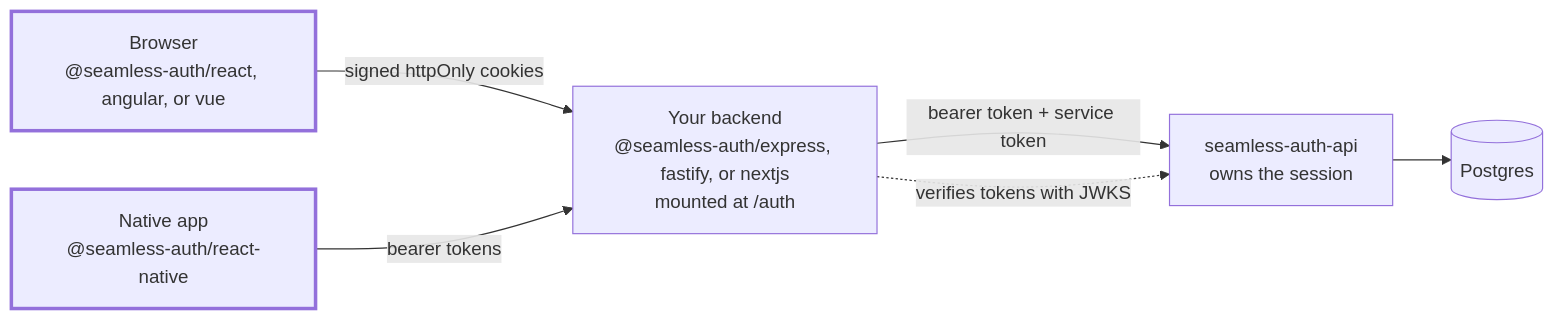
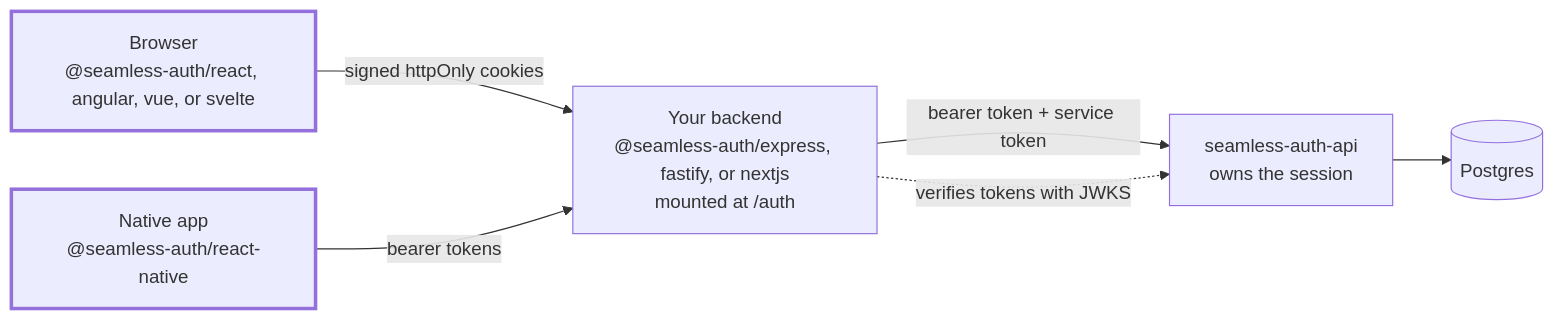
One commit to fells-code/seamless-auth-react changed the diagram in README.md. Above: the diagram before and after it, drawn with Mermaid. The commit also changed other lines of this file and 43 other files, not shown here.

First line of the commit message:
feat(svelte): add @seamless-auth/svelte bindings (#181)

````diff
--- a/README.md
+++ b/README.md
@@ -25,10 +25,10 @@
 ```mermaid
 flowchart LR
-  browser["Browser<br/>@seamless-auth/react, angular, or vue"] -- "signed httpOnly cookies" --> backend
+  browser["Browser<br/>@seamless-auth/react, angular, vue, or svelte"] -- "signed httpOnly cookies" --> backend
   native["Native app<br/>@seamless-auth/react-native"] -- "bearer tokens" --> backend
   backend["Your backend<br/>@seamless-auth/express, fastify, or nextjs<br/>mounted at /auth"] -- "bearer token + service token" --> api
   api["seamless-auth-api<br/>owns the session"] --> db[("Postgres")]
   backend -. "verifies tokens with JWKS" .-> api
   style browser stroke-width:3px
   style native stroke-width:3px
 ```
````
